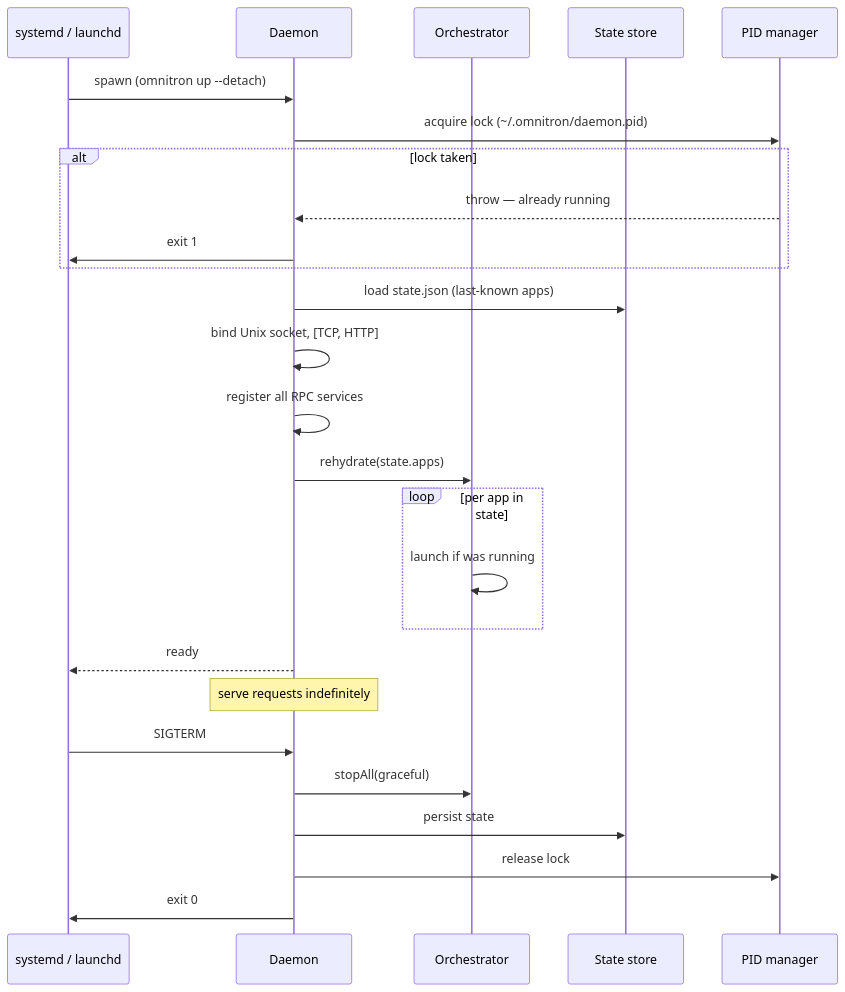
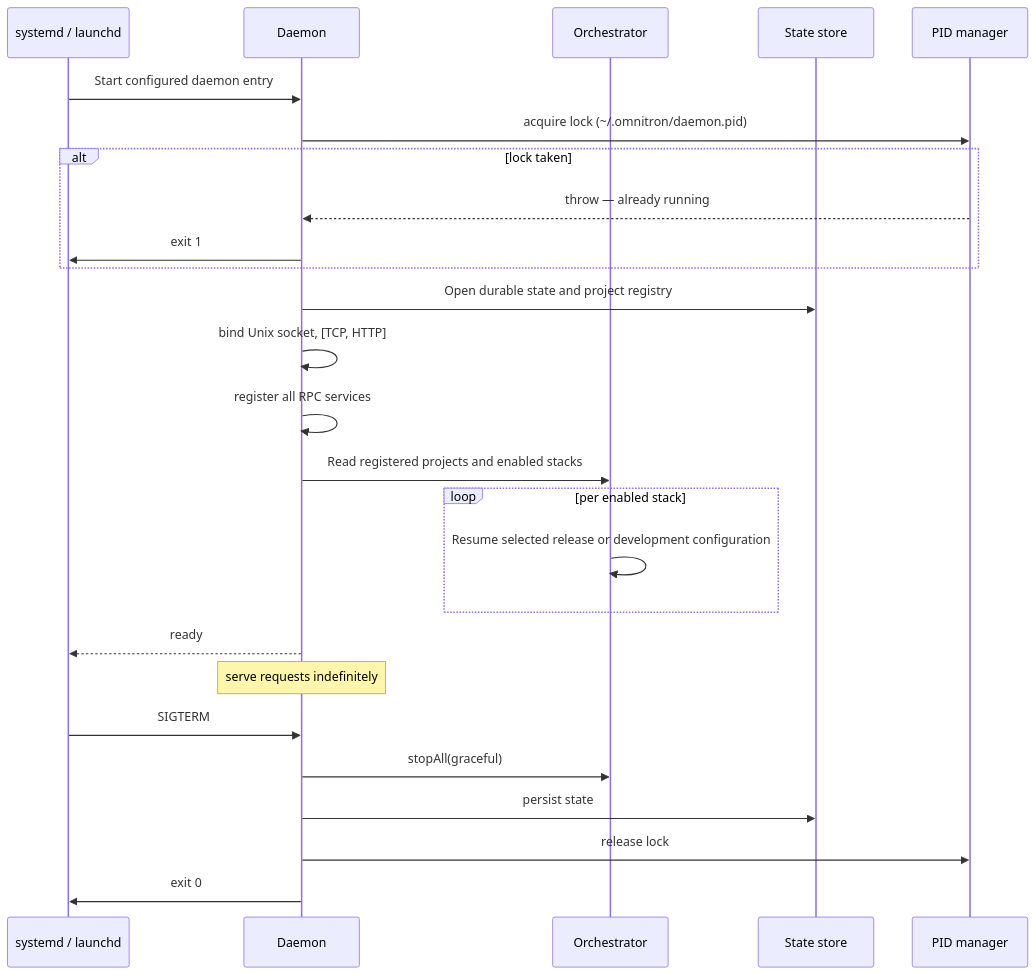
The second of 8 diagrams in docs/omnitron/architecture.md (omnitron-dev/website), drawn with Mermaid before and after one commit. The commit also changed other lines of this file and 25 other files, not shown here.

Commit message:
docs: render structured trees and correct infrastructure diagrams

````diff
--- a/docs/omnitron/architecture.md
+++ b/docs/omnitron/architecture.md
@@ -168,29 +168,29 @@
 ```mermaid
 sequenceDiagram
   participant OS as systemd / launchd
   participant D as Daemon
   participant Orch as Orchestrator
   participant SS as State store
   participant PM as PID manager
 
-  OS->>D: spawn (omnitron up --detach)
+  OS->>D: Start configured daemon entry
   D->>PM: acquire lock (~/.omnitron/daemon.pid)
   alt lock taken
     PM-->>D: throw — already running
     D->>OS: exit 1
   end
-  D->>SS: load state.json (last-known apps)
+  D->>SS: Open durable state and project registry
   D->>D: bind Unix socket, [TCP, HTTP]
   D->>D: register all RPC services
-  D->>Orch: rehydrate(state.apps)
-  loop per app in state
-    Orch->>Orch: launch if was running
+  D->>Orch: Read registered projects and enabled stacks
+  loop per enabled stack
+    Orch->>Orch: Resume selected release or development configuration
   end
   D-->>OS: ready
   Note over D: serve requests indefinitely
   OS->>D: SIGTERM
   D->>Orch: stopAll(graceful)
   D->>SS: persist state
   D->>PM: release lock
   D->>OS: exit 0
 ```
````
